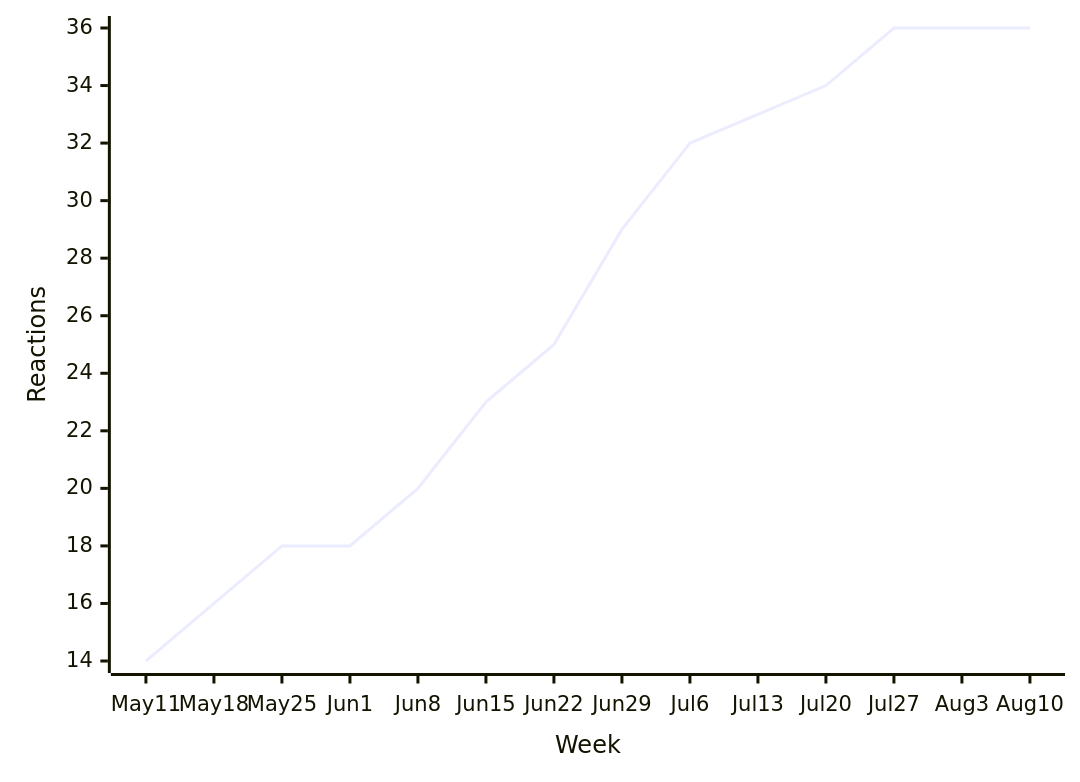
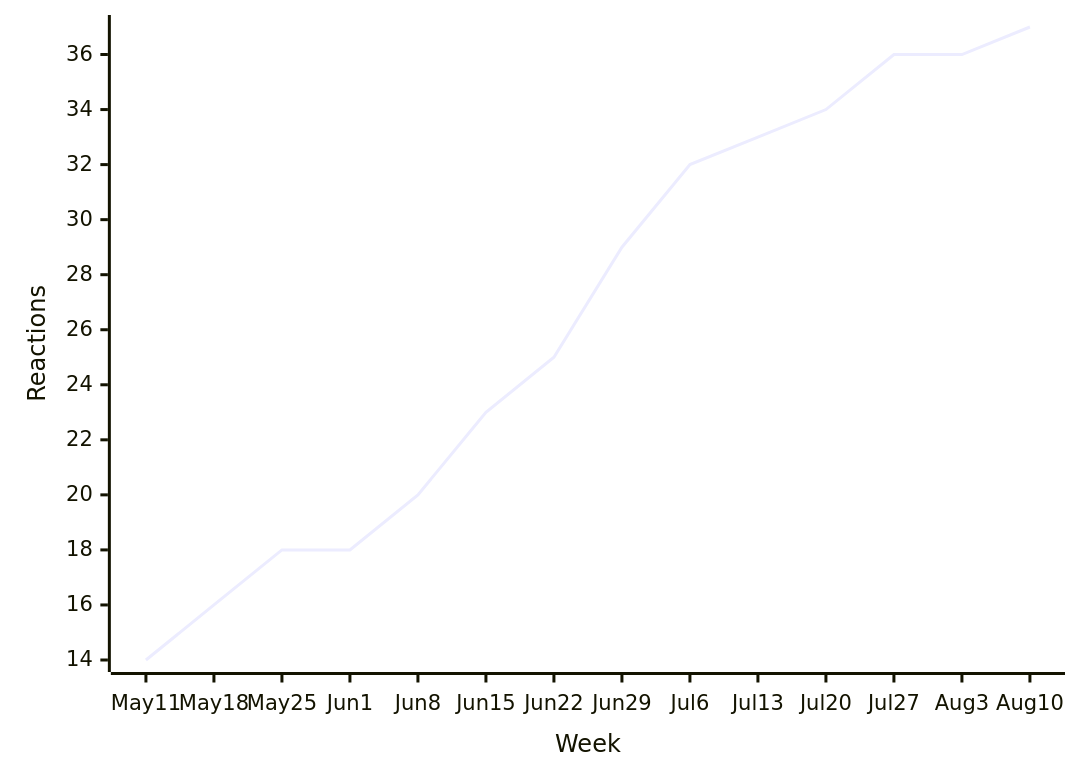
Before and after one commit to loic-sharma/github-insights: the sixth of 47 diagrams in README.md, drawn with Mermaid. The commit also changed other lines of this file and 1 other file, not shown here.

````diff
--- a/README.md
+++ b/README.md
@@ -424,6 +424,6 @@
   ```mermaid
   xychart-beta
     x-axis "Week" [May 11, May 18, May 25, Jun 1, Jun 8, Jun 15, Jun 22, Jun 29, Jul 6, Jul 13, Jul 20, Jul 27, Aug 3, Aug 10]
     y-axis "Reactions"
-    line [14, 16, 18, 18, 20, 23, 25, 29, 32, 33, 34, 36, 36, 36]
+    line [14, 16, 18, 18, 20, 23, 25, 29, 32, 33, 34, 36, 36, 37]
   ```
````
